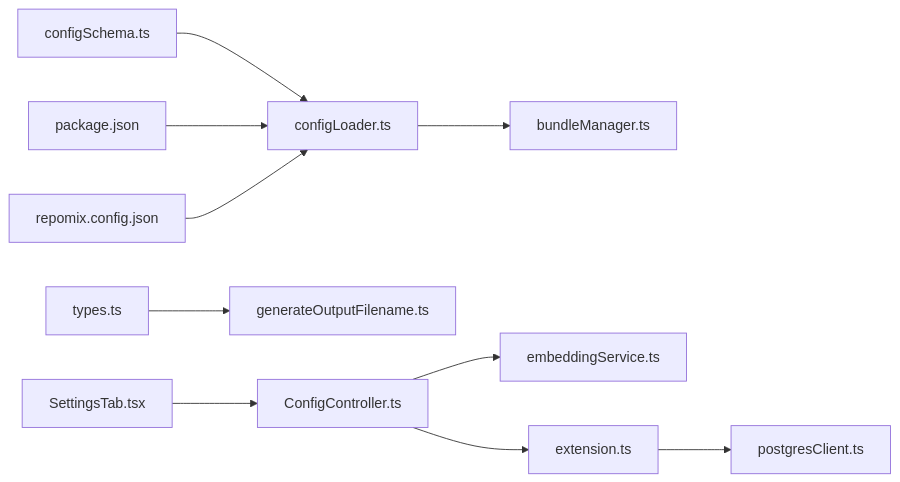
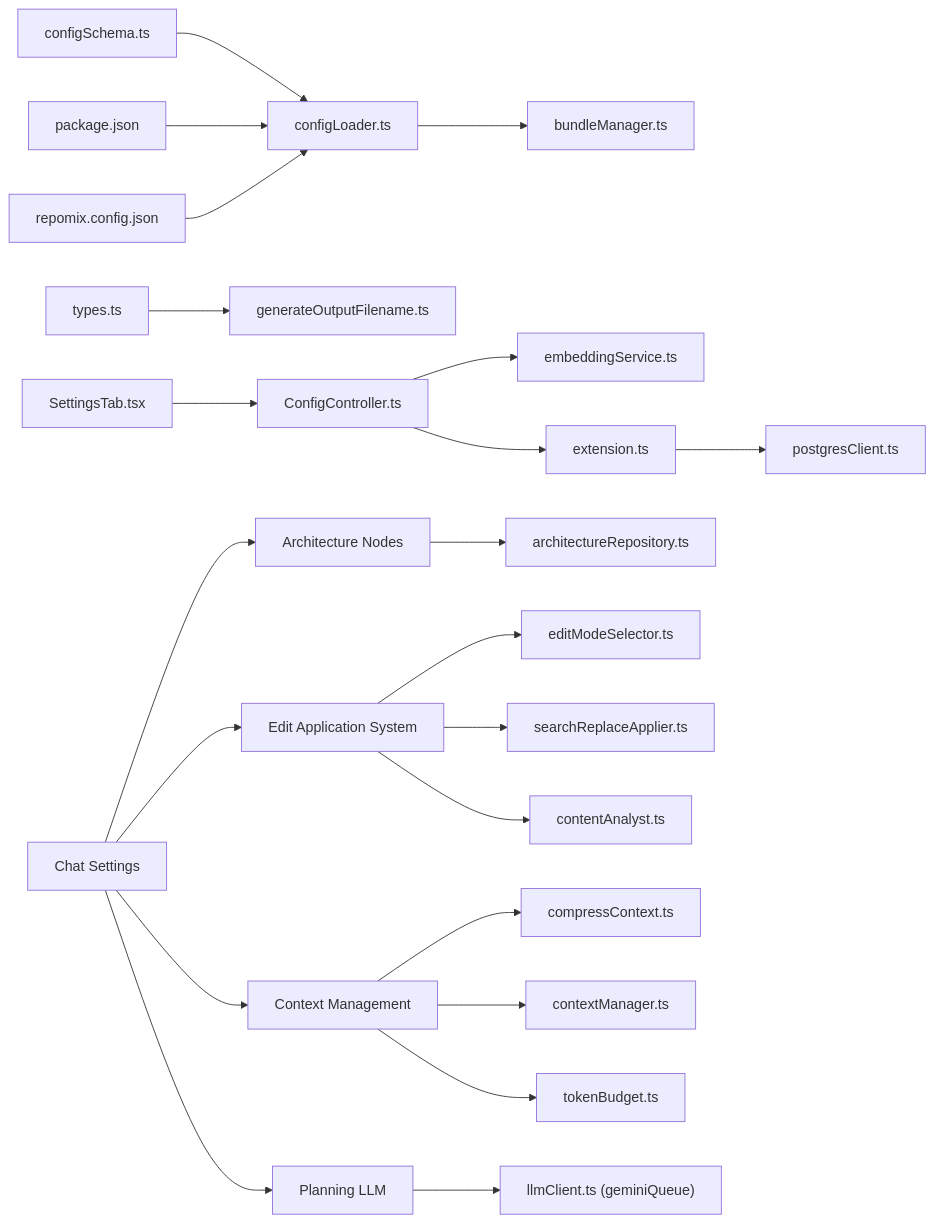
Before and after one commit to bramburn/repomix-runner: diagram 11 of 11 in .qoder/repowiki/en/content/Configuration Management/Configuration Management.md, drawn with Mermaid. The commit also changed other lines of this file and 27 other files, not shown here.

````diff
--- a/.qoder/repowiki/en/content/Configuration Management/Configuration Management.md
+++ b/.qoder/repowiki/en/content/Configuration Management/Configuration Management.md
@@ -378,12 +828,24 @@
 ```mermaid
 graph LR
 CSCH["configSchema.ts"] --> CLDR["configLoader.ts"]
 PJSON["package.json"] --> CLDR
 RCFG["repomix.config.json"] --> CLDR
 CLDR --> BMGR["bundleManager.ts"]
 BTYP["types.ts"] --> GFNM["generateOutputFilename.ts"]
 SETAB["SettingsTab.tsx"] --> CCTL["ConfigController.ts"]
 CCTL --> EMB["embeddingService.ts"]
 EXT["extension.ts"] --> PGCLIENT["postgresClient.ts"]
 CCTL --> EXT
+CHATCFG["Chat Settings"] --> ARCHNODES["Architecture Nodes"]
+CHATCFG --> EDITAPPLIER["Edit Application System"]
+CHATCFG --> CONTEXTMGR["Context Management"]
+CHATCFG --> PLANNING["Planning LLM"]
+ARCHNODES --> ARCREPO["architectureRepository.ts"]
+EDITAPPLIER --> EDITMODE["editModeSelector.ts"]
+EDITAPPLIER --> SEARCHAP["searchReplaceApplier.ts"]
+EDITAPPLIER --> CONTENTAN["contentAnalyst.ts"]
+CONTEXTMGR --> COMPCTX["compressContext.ts"]
+CONTEXTMGR --> CTXMAN["contextManager.ts"]
+CONTEXTMGR --> TKBUDGET["tokenBudget.ts"]
+PLANNING --> LLMQ["llmClient.ts (geminiQueue)"]
 ```
````
